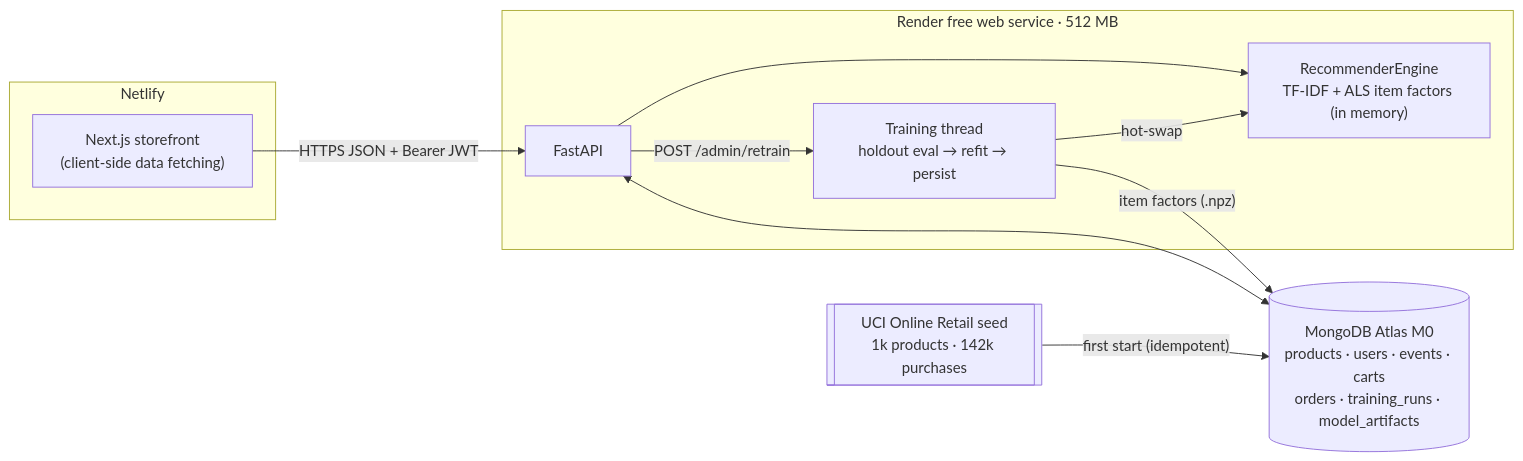
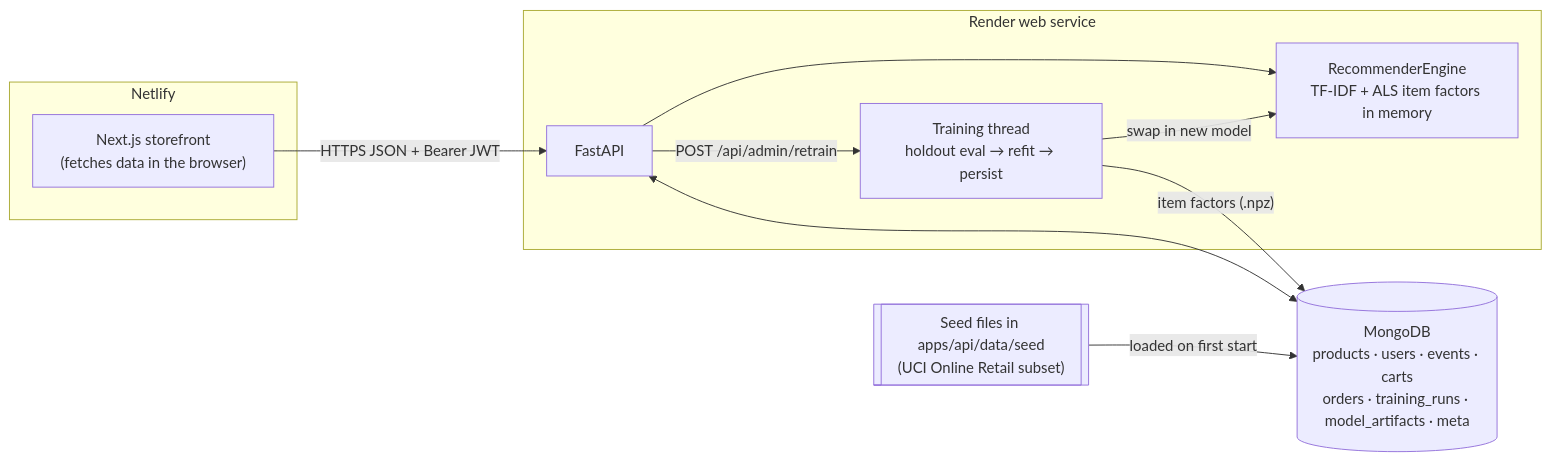
The first of 2 diagrams in README.md (Isaacpyo/MarketMind), drawn with Mermaid before and after one commit. The commit also changed other lines of this file, not shown here.

````diff
--- a/README.md
+++ b/README.md
@@ -58,20 +85,20 @@
 ```mermaid
 flowchart LR
     subgraph Netlify
-        W["Next.js storefront<br/>(client-side data fetching)"]
+        W["Next.js storefront<br/>(fetches data in the browser)"]
     end
-    subgraph Render["Render free web service · 512 MB"]
+    subgraph Render["Render web service"]
         A["FastAPI"]
-        E["RecommenderEngine<br/>TF-IDF + ALS item factors (in memory)"]
+        E["RecommenderEngine<br/>TF-IDF + ALS item factors in memory"]
         T["Training thread<br/>holdout eval → refit → persist"]
         A --> E
-        A -- "POST /admin/retrain" --> T
-        T -- "hot-swap" --> E
+        A -- "POST /api/admin/retrain" --> T
+        T -- "swap in new model" --> E
     end
-    M[("MongoDB Atlas M0<br/>products · users · events · carts<br/>orders · training_runs · model_artifacts")]
-    S[["UCI Online Retail seed<br/>1k products · 142k purchases"]]
+    M[("MongoDB<br/>products · users · events · carts<br/>orders · training_runs · model_artifacts · meta")]
+    S[["Seed files in apps/api/data/seed<br/>(UCI Online Retail subset)"]]
     W -- "HTTPS JSON + Bearer JWT" --> A
     A <--> M
     T -- "item factors (.npz)" --> M
-    S -- "first start (idempotent)" --> M
+    S -- "loaded on first start" --> M
 ```
````
